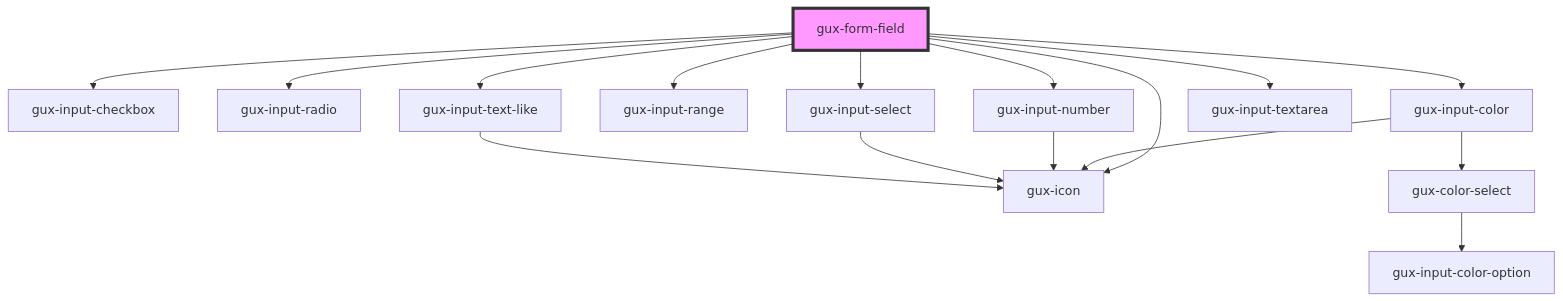
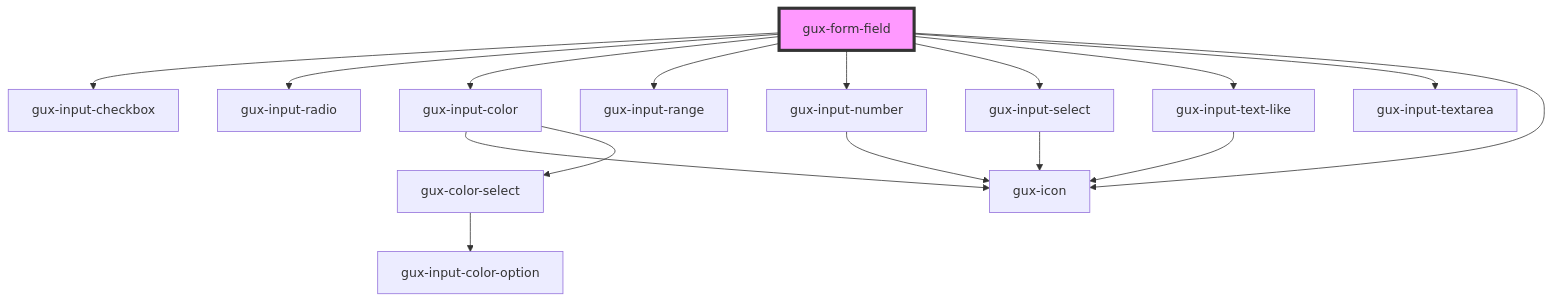
One commit to MyPureCloud/genesys-spark changed the diagram in src/components/stable/gux-form-field/readme.md. Above: the diagram before and after it, drawn with Mermaid. The commit also changed other lines of this file and 2 other files, not shown here.

Commit message:
feat(gux-form-field): moving error icon logic to separate function, fixing issue with text area

````diff
--- a/src/components/stable/gux-form-field/readme.md
+++ b/src/components/stable/gux-form-field/readme.md
@@ -40,19 +40,19 @@
 ```mermaid
 graph TD;
   gux-form-field --> gux-input-checkbox
-  gux-form-field --> gux-icon
   gux-form-field --> gux-input-radio
   gux-form-field --> gux-input-color
   gux-form-field --> gux-input-range
   gux-form-field --> gux-input-number
   gux-form-field --> gux-input-select
   gux-form-field --> gux-input-text-like
   gux-form-field --> gux-input-textarea
+  gux-form-field --> gux-icon
   gux-input-color --> gux-icon
   gux-input-color --> gux-color-select
   gux-color-select --> gux-input-color-option
   gux-input-number --> gux-icon
   gux-input-select --> gux-icon
   gux-input-text-like --> gux-icon
   style gux-form-field fill:#f9f,stroke:#333,stroke-width:4px
 ```
````
